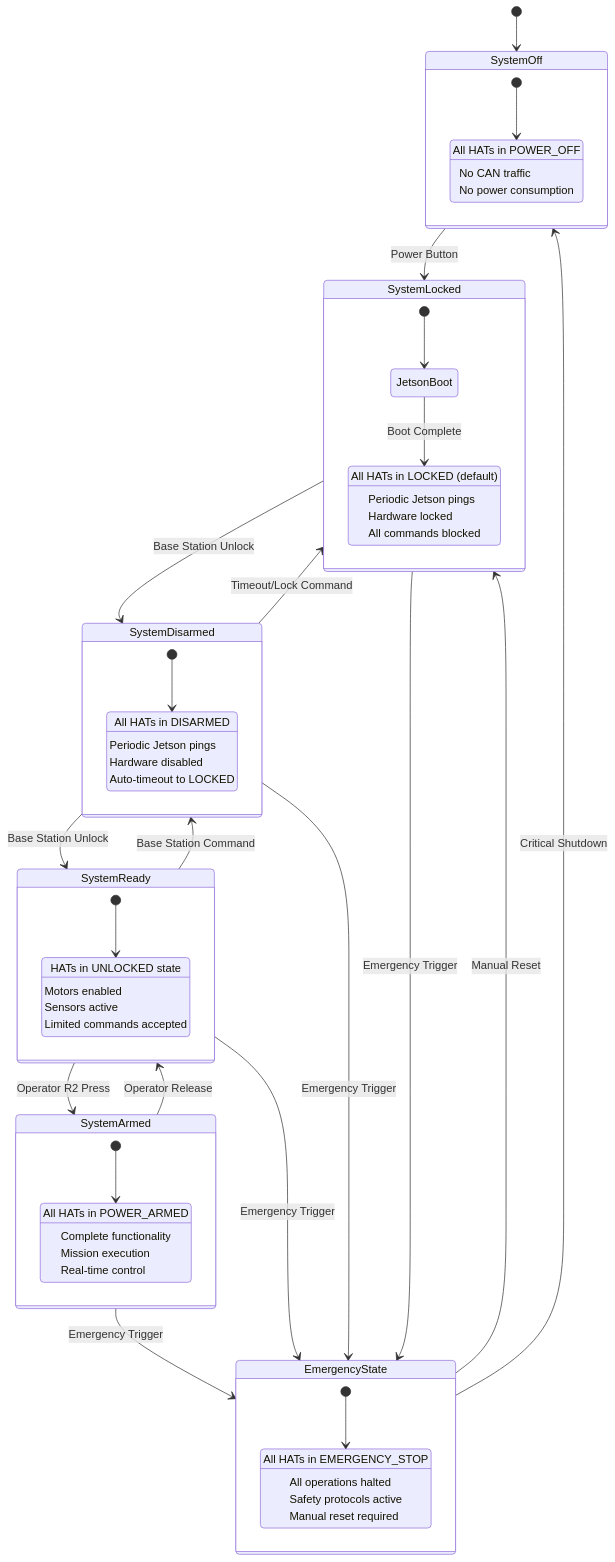
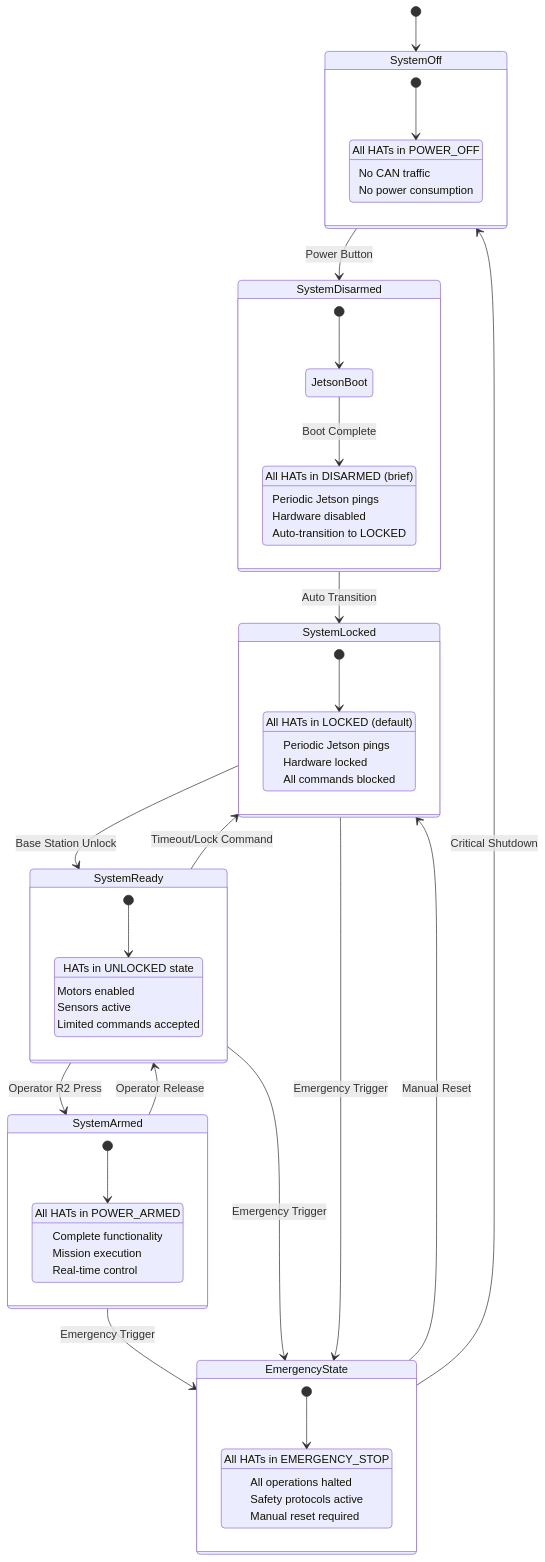
The fifth of 8 diagrams in architecture.md (AryanRai/SIRI-Elec), drawn with Mermaid before and after one commit. The commit also changed 4 other files, not shown here.

````diff
--- a/architecture.md
+++ b/architecture.md
@@ -272,71 +272,69 @@
 ```mermaid
 stateDiagram-v2
     [*] --> SystemOff
     
     state SystemOff {
         [*] --> AllHATsOff
         AllHATsOff : All HATs in POWER_OFF
         AllHATsOff : No CAN traffic
         AllHATsOff : No power consumption
     }
     
-    SystemOff --> SystemLocked : Power Button
+    SystemOff --> SystemDisarmed : Power Button
+    
+    state SystemDisarmed {
+        [*] --> JetsonBoot
+        JetsonBoot --> HATsDisarmed : Boot Complete
+        HATsDisarmed : All HATs in DISARMED (brief)
+        HATsDisarmed : Periodic Jetson pings
+        HATsDisarmed : Hardware disabled
+        HATsDisarmed : Auto-transition to LOCKED
+    }
+    
+    SystemDisarmed --> SystemLocked : Auto Transition
     
     state SystemLocked {
-        [*] --> JetsonBoot
-        JetsonBoot --> HATsLocked : Boot Complete
+        [*] --> HATsLocked
         HATsLocked : All HATs in LOCKED (default)
         HATsLocked : Periodic Jetson pings
         HATsLocked : Hardware locked
         HATsLocked : All commands blocked
     }
     
-    SystemLocked --> SystemDisarmed : Base Station Unlock
-    
-    state SystemDisarmed {
-        [*] --> HATsDisarmed
-        HATsDisarmed : All HATs in DISARMED
-        HATsDisarmed : Periodic Jetson pings
-        HATsDisarmed : Hardware disabled
-        HATsDisarmed : Auto-timeout to LOCKED
-    }
-    
-    SystemDisarmed --> SystemReady : Base Station Unlock
-    SystemDisarmed --> SystemLocked : Timeout/Lock Command
+    SystemLocked --> SystemReady : Base Station Unlock
     
     state SystemReady {
         [*] --> HATsUnlocked
         HATsUnlocked : HATs in UNLOCKED state
         HATsUnlocked : Motors enabled
         HATsUnlocked : Sensors active
         HATsUnlocked : Limited commands accepted
     }
     
     SystemReady --> SystemArmed : Operator R2 Press
     
     state SystemArmed {
         [*] --> FullyOperational
         FullyOperational : All HATs in POWER_ARMED
         FullyOperational : Complete functionality
         FullyOperational : Mission execution
         FullyOperational : Real-time control
     }
     
     SystemArmed --> SystemReady : Operator Release
-    SystemReady --> SystemDisarmed : Base Station Command
+    SystemReady --> SystemLocked : Timeout/Lock Command
     SystemArmed --> EmergencyState : Emergency Trigger
     SystemReady --> EmergencyState : Emergency Trigger
-    SystemDisarmed --> EmergencyState : Emergency Trigger
     SystemLocked --> EmergencyState : Emergency Trigger
     
     state EmergencyState {
         [*] --> AllHATsEmergency
         AllHATsEmergency : All HATs in EMERGENCY_STOP
         AllHATsEmergency : All operations halted
         AllHATsEmergency : Safety protocols active
         AllHATsEmergency : Manual reset required
     }
     
     EmergencyState --> SystemLocked : Manual Reset
     EmergencyState --> SystemOff : Critical Shutdown
 ```
````
